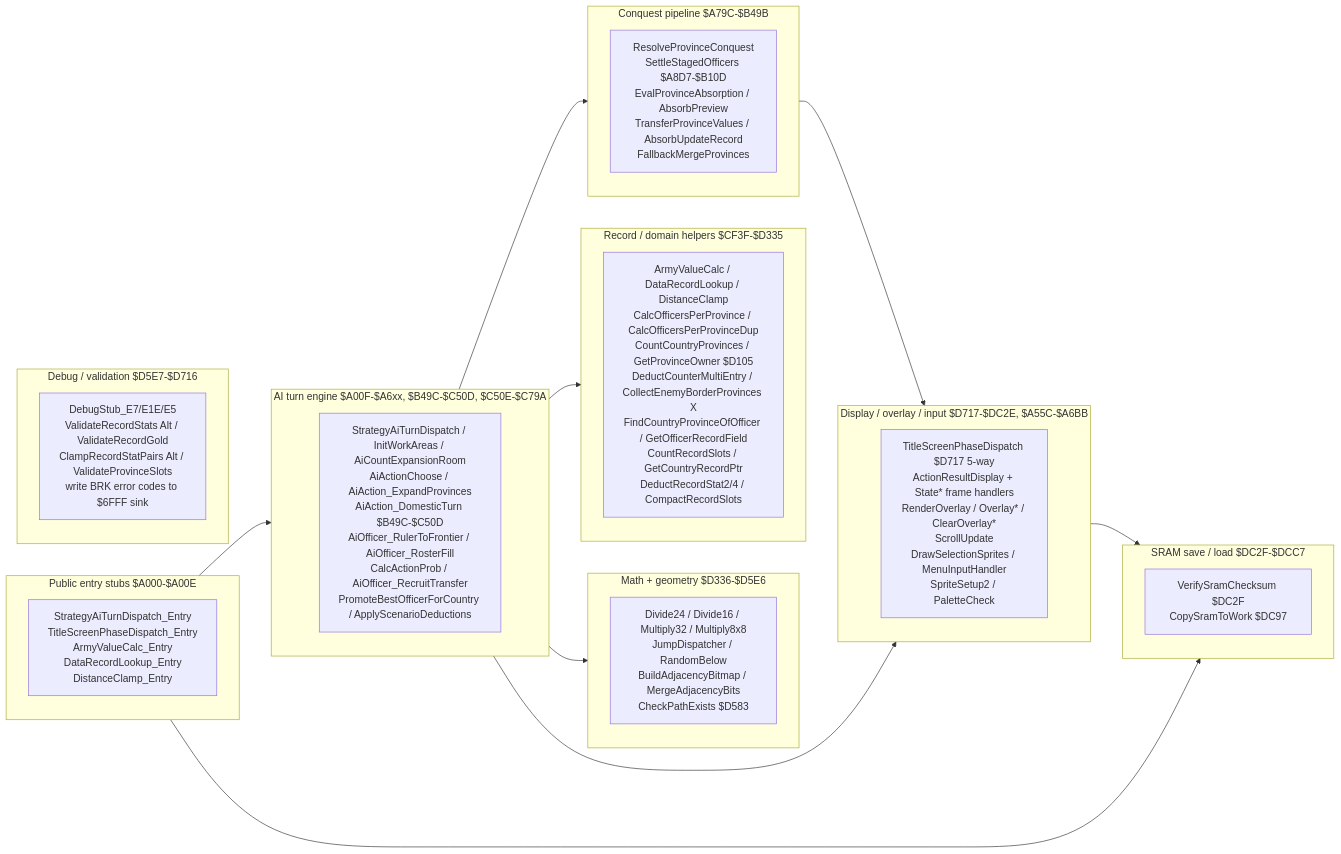
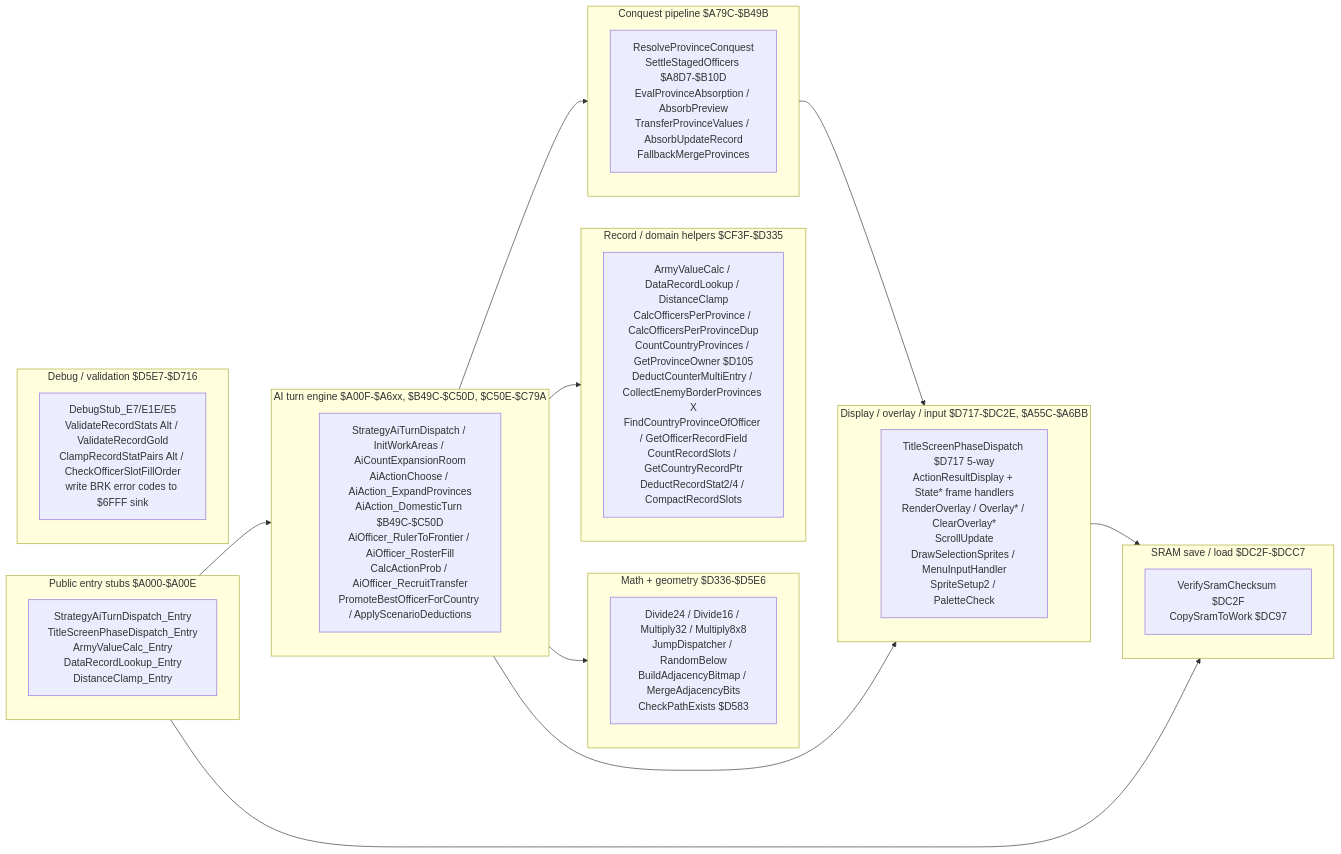
The fourth of 4 diagrams in code/strategy_ai_decision_tree.md (rabbyzero/sango2dasm), drawn with Mermaid before and after one commit. The commit also changed other lines of this file and 27 other files, not shown here.

````diff
--- a/code/strategy_ai_decision_tree.md
+++ b/code/strategy_ai_decision_tree.md
@@ -269,43 +269,43 @@
 ```mermaid
 flowchart LR
     subgraph PUB["Public entry stubs $A000-$A00E"]
         direction TB
         P1["StrategyAiTurnDispatch_Entry<br/>TitleScreenPhaseDispatch_Entry<br/>ArmyValueCalc_Entry<br/>DataRecordLookup_Entry<br/>DistanceClamp_Entry"]
     end
     subgraph AI["AI turn engine $A00F-$A6xx, $B49C-$C50D, $C50E-$C79A"]
         direction TB
         A1["StrategyAiTurnDispatch / InitWorkAreas / AiCountExpansionRoom<br/>AiActionChoose / AiAction_ExpandProvinces<br/>AiAction_DomesticTurn $B49C-$C50D<br/>AiOfficer_RulerToFrontier / AiOfficer_RosterFill<br/>CalcActionProb / AiOfficer_RecruitTransfer<br/>PromoteBestOfficerForCountry / ApplyScenarioDeductions"]
     end
     subgraph ABS["Conquest pipeline $A79C-$B49B"]
         direction TB
         B1["ResolveProvinceConquest<br/>SettleStagedOfficers $A8D7-$B10D<br/>EvalProvinceAbsorption / AbsorbPreview<br/>TransferProvinceValues / AbsorbUpdateRecord<br/>FallbackMergeProvinces"]
     end
     subgraph DOM["Record / domain helpers $CF3F-$D335"]
         direction TB
         C1["ArmyValueCalc / DataRecordLookup / DistanceClamp<br/>CalcOfficersPerProvince / CalcOfficersPerProvinceDup<br/>CountCountryProvinces / GetProvinceOwner $D105<br/>DeductCounterMultiEntry / CollectEnemyBorderProvinces X<br/>FindCountryProvinceOfOfficer / GetOfficerRecordField<br/>CountRecordSlots / GetCountryRecordPtr<br/>DeductRecordStat2/4 / CompactRecordSlots"]
     end
     subgraph MATH["Math + geometry $D336-$D5E6"]
         direction TB
         D1["Divide24 / Divide16 / Multiply32 / Multiply8x8<br/>JumpDispatcher / RandomBelow<br/>BuildAdjacencyBitmap / MergeAdjacencyBits<br/>CheckPathExists $D583"]
     end
     subgraph DBG["Debug / validation $D5E7-$D716"]
         direction TB
-        E1["DebugStub_E7/E1E/E5<br/>ValidateRecordStats Alt / ValidateRecordGold<br/>ClampRecordStatPairs Alt / ValidateProvinceSlots<br/>write BRK error codes to $6FFF sink"]
+        E1["DebugStub_E7/E1E/E5<br/>ValidateRecordStats Alt / ValidateRecordGold<br/>ClampRecordStatPairs Alt / CheckOfficerSlotFillOrder<br/>write BRK error codes to $6FFF sink"]
     end
     subgraph UI["Display / overlay / input $D717-$DC2E, $A55C-$A6BB"]
         direction TB
         F1["TitleScreenPhaseDispatch $D717 5-way<br/>ActionResultDisplay + State* frame handlers<br/>RenderOverlay / Overlay* / ClearOverlay*<br/>ScrollUpdate<br/>DrawSelectionSprites / MenuInputHandler<br/>SpriteSetup2 / PaletteCheck"]
     end
     subgraph SRAM["SRAM save / load $DC2F-$DCC7"]
         direction TB
         G1["VerifySramChecksum $DC2F<br/>CopySramToWork $DC97"]
     end
     PUB --> AI
     AI --> ABS
     AI --> DOM
     AI --> MATH
     AI --> UI
     ABS --> UI
     PUB --> SRAM
     UI --> SRAM
 ```
````
